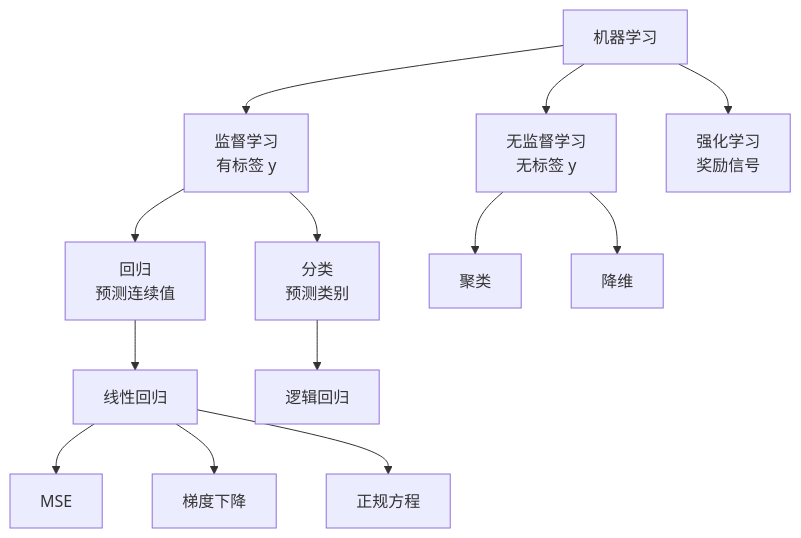
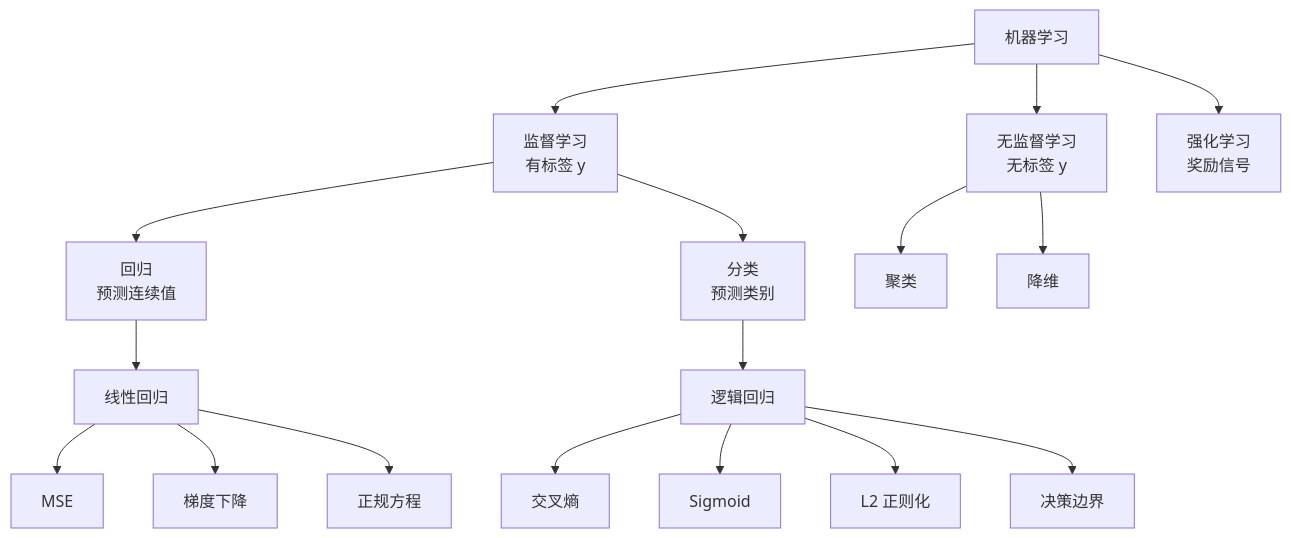
One commit to sinuosun/MachineLearningNote changed the diagram in ML/00 ML Index.md. Above: the diagram before and after it, drawn with Mermaid. The commit also changed other lines of this file and 12 other files, not shown here.

````diff
--- a/ML/00 ML Index.md
+++ b/ML/00 ML Index.md
@@ -10,15 +10,19 @@
 ```mermaid
 flowchart TD
     ML[机器学习] --> SL[监督学习\n有标签 y]
     ML --> UL[无监督学习\n无标签 y]
     ML --> RL[强化学习\n奖励信号]
     SL --> REG[回归\n预测连续值]
     SL --> CLS[分类\n预测类别]
     REG --> LR[线性回归]
     CLS --> LOG[逻辑回归]
     UL --> CLU[聚类]
     UL --> DR[降维]
     LR --> MSE[MSE]
     LR --> GD[梯度下降]
     LR --> NE[正规方程]
+    LOG --> BCE[交叉熵]
+    LOG --> SIG[Sigmoid]
+    LOG --> L2REG[L2 正则化]
+    LOG --> DB[决策边界]
 ```
````
